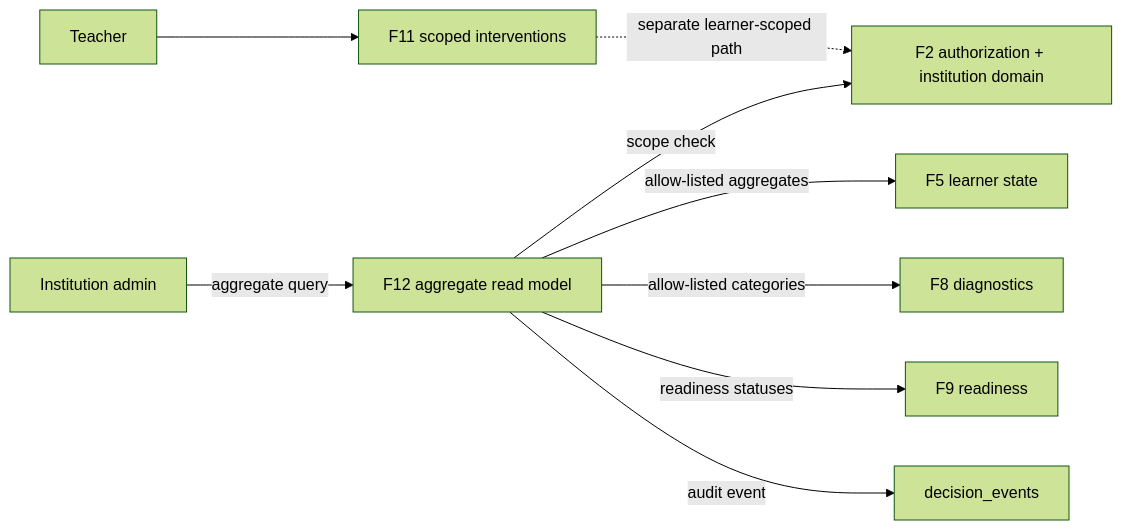
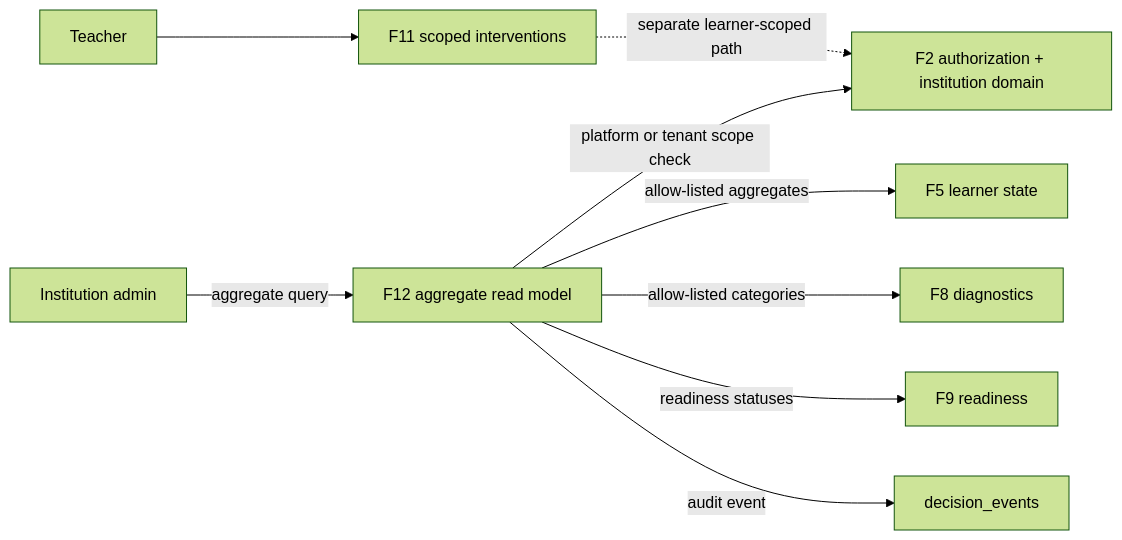
Before and after one commit to Johnalbornoz/StudyOS: the first of 2 diagrams in architecture/f12/README.md, drawn with Mermaid (forest theme). The commit also changed other lines of this file and 1 other file, not shown here.

Commit message:
docs(f12): define general, tenant, and coordinator scopes

````diff
--- a/architecture/f12/README.md
+++ b/architecture/f12/README.md
@@ -27,11 +28,11 @@
 ```mermaid
 flowchart LR
   IA[Institution admin] -->|aggregate query| F12[F12 aggregate read model]
-  F12 -->|scope check| F2[F2 authorization + institution domain]
+  F12 -->|platform or tenant scope check| F2[F2 authorization + institution domain]
   F12 -->|allow-listed aggregates| F5[F5 learner state]
   F12 -->|allow-listed categories| F8[F8 diagnostics]
   F12 -->|readiness statuses| F9[F9 readiness]
   F12 -->|audit event| Audit[decision_events]
   Teacher[Teacher] --> F11[F11 scoped interventions]
   F11 -. separate learner-scoped path .-> F2
 ```
````
